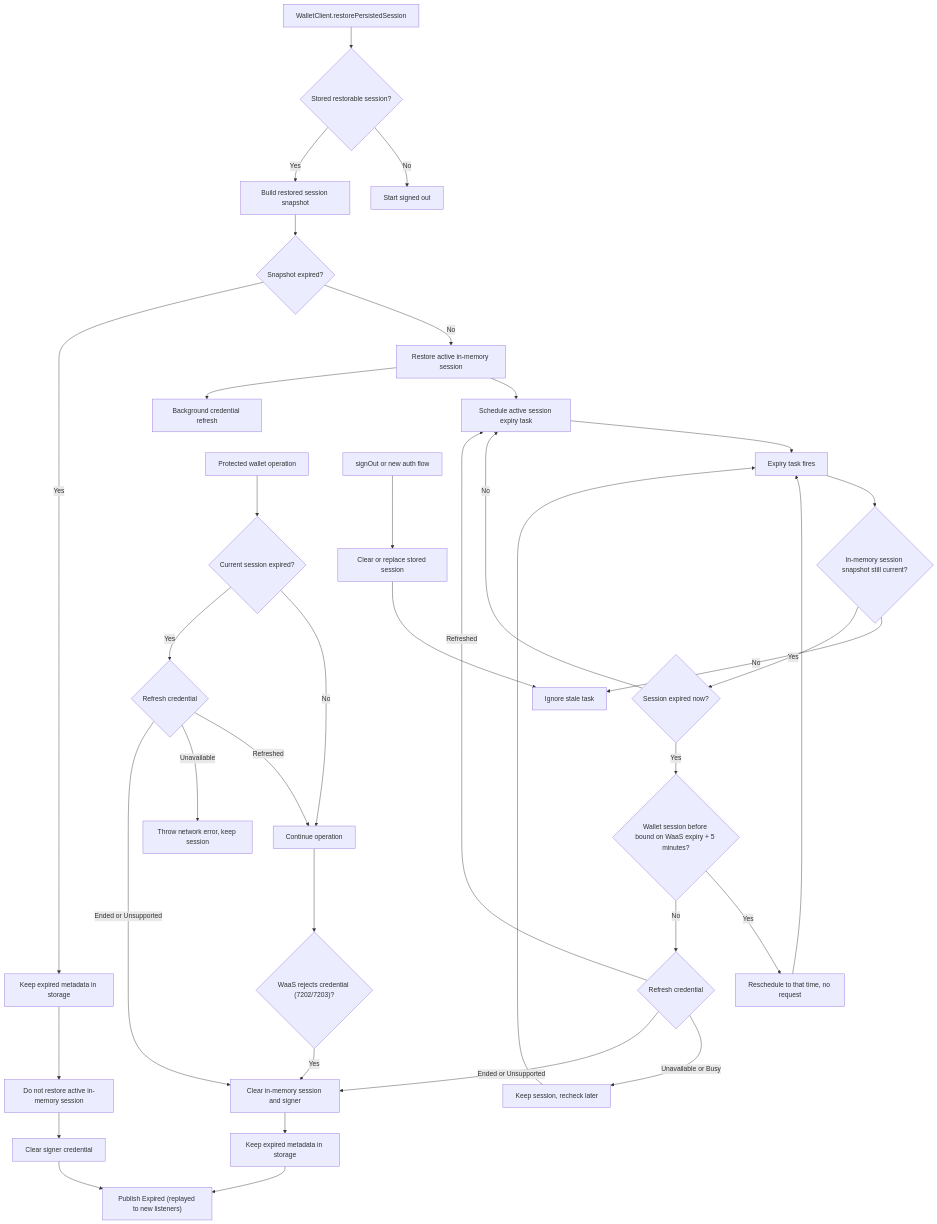
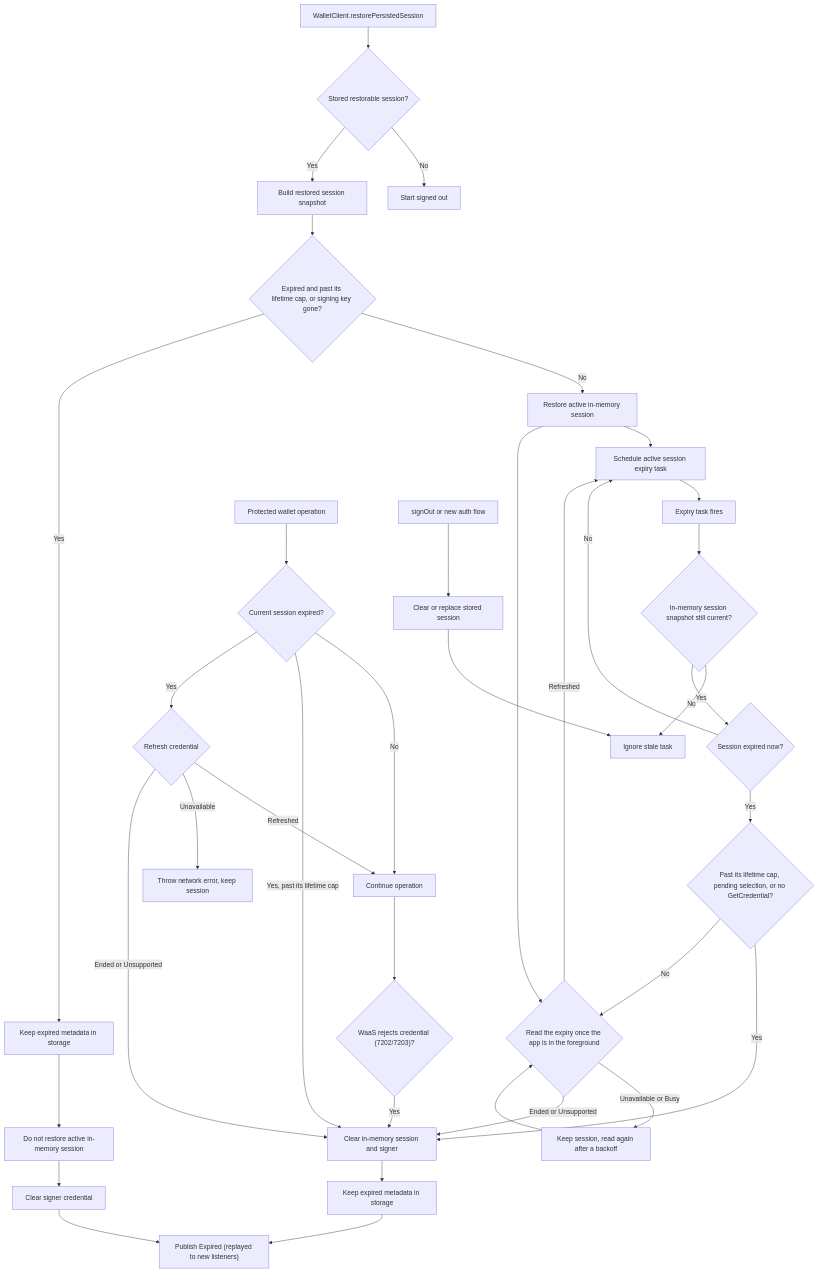
Before and after one commit to 0xsequence/kotlin-sdk: the diagram in docs/session-expiry-flow.md, drawn with Mermaid. The commit also changed other lines of this file and 8 other files, not shown here.

First line of the commit message:
fix(session): end a session at its lifetime cap and read the expiry when it passes

````diff
--- a/docs/session-expiry-flow.md
+++ b/docs/session-expiry-flow.md
@@ -143,45 +118,45 @@
 ```mermaid
 flowchart TD
   A["WalletClient.restorePersistedSession"] --> B{"Stored restorable session?"}
   B -- "No" --> C["Start signed out"]
 
   B -- "Yes" --> D["Build restored session snapshot"]
-  D --> E{"Snapshot expired?"}
+  D --> E{"Expired and past its lifetime cap, or signing key gone?"}
 
   E -- "No" --> F["Restore active in-memory session"]
   F --> G["Schedule active session expiry task"]
-  F --> R0["Background credential refresh"]
+  F --> RF
 
   E -- "Yes" --> H["Keep expired metadata in storage"]
   H --> I["Do not restore active in-memory session"]
   I --> J["Clear signer credential"]
   J --> K["Publish Expired (replayed to new listeners)"]
 
   G --> L["Expiry task fires"]
   L --> M{"In-memory session snapshot still current?"}
   M -- "No" --> N["Ignore stale task"]
   M -- "Yes" --> O{"Session expired now?"}
   O -- "No" --> G
-  O -- "Yes" --> IW{"Wallet session before bound on WaaS expiry + 5 minutes?"}
-  IW -- "Yes" --> IR["Reschedule to that time, no request"]
-  IR --> L
-  IW -- "No" --> RF{"Refresh credential"}
+  O -- "Yes" --> CP{"Past its lifetime cap, pending selection, or no GetCredential?"}
+  CP -- "Yes" --> P
+  CP -- "No" --> RF{"Read the expiry once the app is in the foreground"}
   RF -- "Refreshed" --> G
-  RF -- "Unavailable or Busy" --> RT["Keep session, recheck later"]
-  RT --> L
+  RF -- "Unavailable or Busy" --> RT["Keep session, read again after a backoff"]
+  RT --> RF
   RF -- "Ended or Unsupported" --> P["Clear in-memory session and signer"]
   P --> Q["Keep expired metadata in storage"]
   Q --> K
 
   S0["Protected wallet operation"] --> S{"Current session expired?"}
   S -- "No" --> T["Continue operation"]
+  S -- "Yes, past its lifetime cap" --> P
   S -- "Yes" --> RO{"Refresh credential"}
   RO -- "Refreshed" --> T
   RO -- "Unavailable" --> X["Throw network error, keep session"]
   RO -- "Ended or Unsupported" --> P
   T --> W{"WaaS rejects credential (7202/7203)?"}
   W -- "Yes" --> P
 
   U["signOut or new auth flow"] --> V["Clear or replace stored session"]
   V --> N
 ```
````
